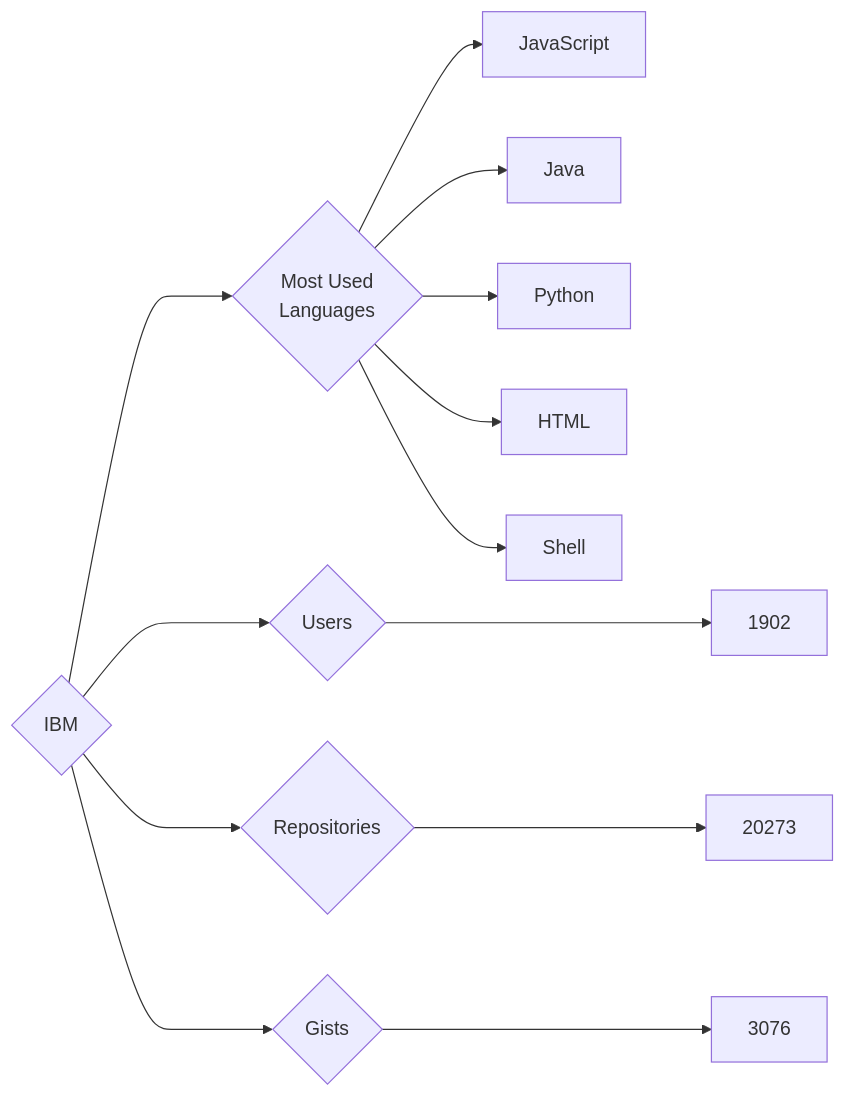
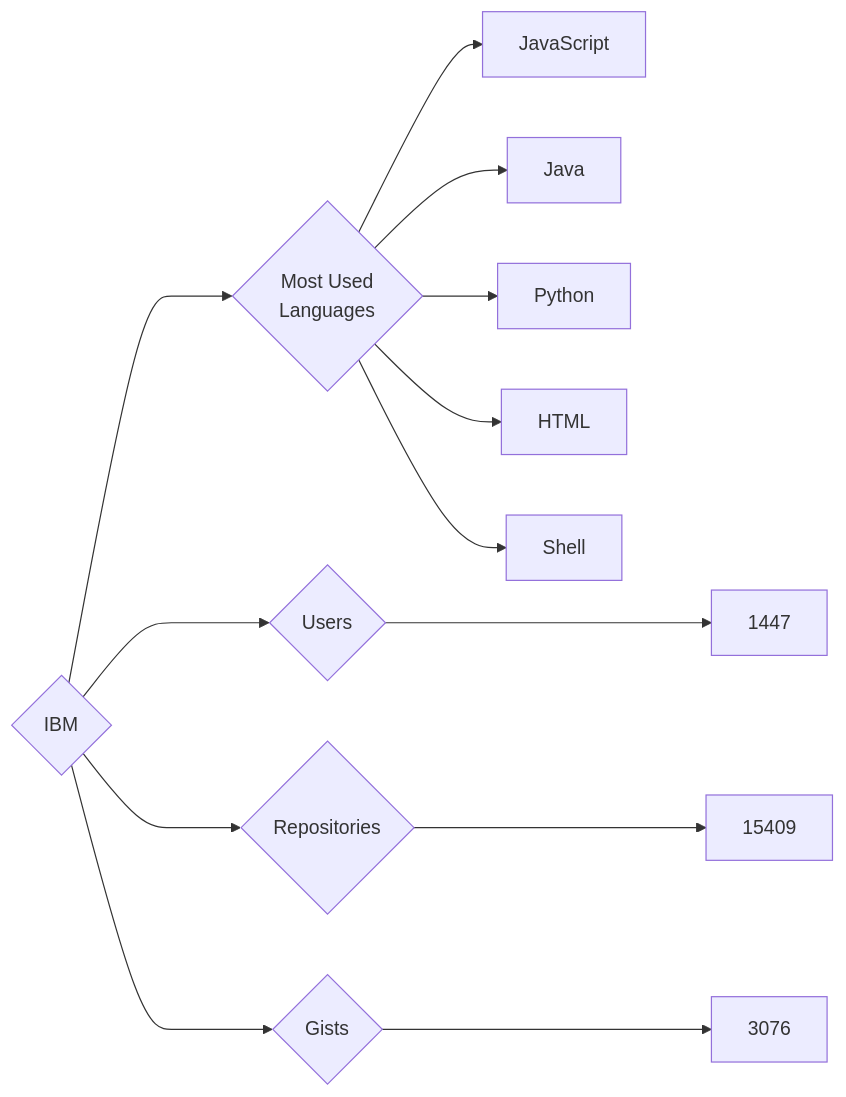
The diagram in targets/IBM/README.md (trickest/insiders), drawn with Mermaid before and after one commit. The commit also changed 644 other files, not shown here.

````diff
--- a/targets/IBM/README.md
+++ b/targets/IBM/README.md
@@ -3,13 +3,13 @@
 ```mermaid
 graph LR
 COMPANY_NAME{IBM}
-COMPANY_NAME ---> U{Users} ---> UN[1902]
-COMPANY_NAME ---> R{Repositories} ---> RN[20273]
+COMPANY_NAME ---> U{Users} ---> UN[1447]
+COMPANY_NAME ---> R{Repositories} ---> RN[15409]
 COMPANY_NAME ---> G{Gists} ---> GN[3076]
 COMPANY_NAME ---> ML{Most Used<br>Languages}
 ML --> JavaScript[JavaScript]
 ML --> Java[Java]
 ML --> Python[Python]
 ML --> HTML[HTML]
 ML --> Shell[Shell]
 ```
````
